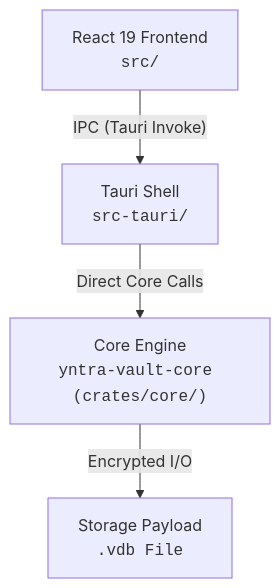
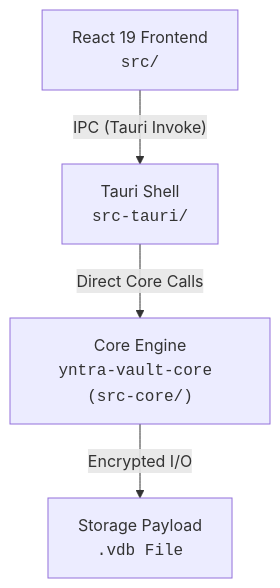
Before and after one commit to YntraAB/yntra-vault: the second of 2 diagrams in README.md, drawn with Mermaid. The commit also changed other lines of this file and 45 other files, not shown here.

Commit message:
Release Yntra Vault v0.1.1

````diff
--- a/README.md
+++ b/README.md
@@ -42,6 +42,6 @@
 ```mermaid
 graph TD
     A["React 19 Frontend<br/><code>src/</code>"] -->|"IPC (Tauri Invoke)"| B["Tauri Shell<br/><code>src-tauri/</code>"]
-    B -->|"Direct Core Calls"| C["Core Engine<br/><code>yntra-vault-core (crates/core/)</code>"]
+    B -->|"Direct Core Calls"| C["Core Engine<br/><code>yntra-vault-core (src-core/)</code>"]
     C -->|"Encrypted I/O"| D["Storage Payload<br/><code>.vdb File</code>"]
 ```
````
